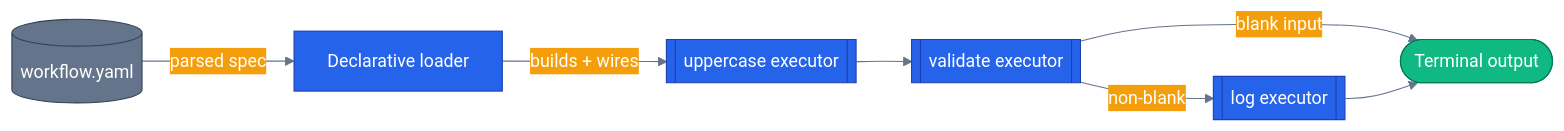
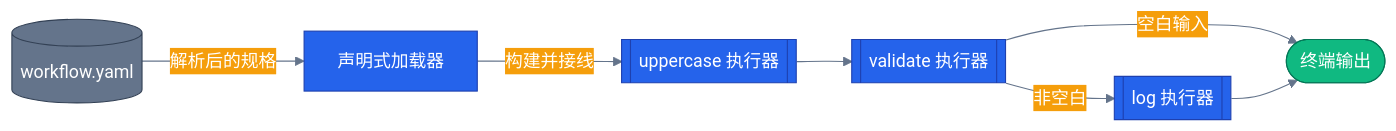
One commit to s1encisi/reliable-commerce-agents changed the diagram in tutorials/19-declarative-workflows/README.md. Above: the diagram before and after it, drawn with Mermaid. The commit also changed other lines of this file and 1033 other files, not shown here.

````diff
--- a/tutorials/19-declarative-workflows/README.md
+++ b/tutorials/19-declarative-workflows/README.md
@@ -45,32 +47,32 @@
 ```mermaid
 %%{init: {'theme':'base', 'themeVariables': {
   'primaryColor': '#2563eb','primaryTextColor': '#ffffff','primaryBorderColor': '#1e40af',
   'lineColor': '#64748b','secondaryColor': '#f59e0b','tertiaryColor': '#10b981',
   'background': 'transparent'}}}%%
 flowchart LR
   classDef core     fill:#2563eb,stroke:#1e40af,color:#ffffff
   classDef external fill:#f59e0b,stroke:#b45309,color:#000000
   classDef success  fill:#10b981,stroke:#047857,color:#ffffff
   classDef infra    fill:#64748b,stroke:#334155,color:#ffffff
 
   yaml[(workflow.yaml)]
-  loader[Declarative loader]
-  upper[[uppercase executor]]
-  validate[[validate executor]]
-  log[[log executor]]
-  out([Terminal output])
+  loader[声明式加载器]
+  upper[[uppercase 执行器]]
+  validate[[validate 执行器]]
+  log[[log 执行器]]
+  out([终端输出])
 
-  yaml -- "parsed spec" --> loader
-  loader -- "builds + wires" --> upper
+  yaml -- "解析后的规格" --> loader
+  loader -- "构建并接线" --> upper
   upper --> validate
-  validate -- "blank input" --> out
-  validate -- "non-blank" --> log
+  validate -- "空白输入" --> out
+  validate -- "非空白" --> log
   log --> out
 
   class yaml infra
   class loader core
   class upper core
   class validate core
   class log core
   class out success
 ```
````
